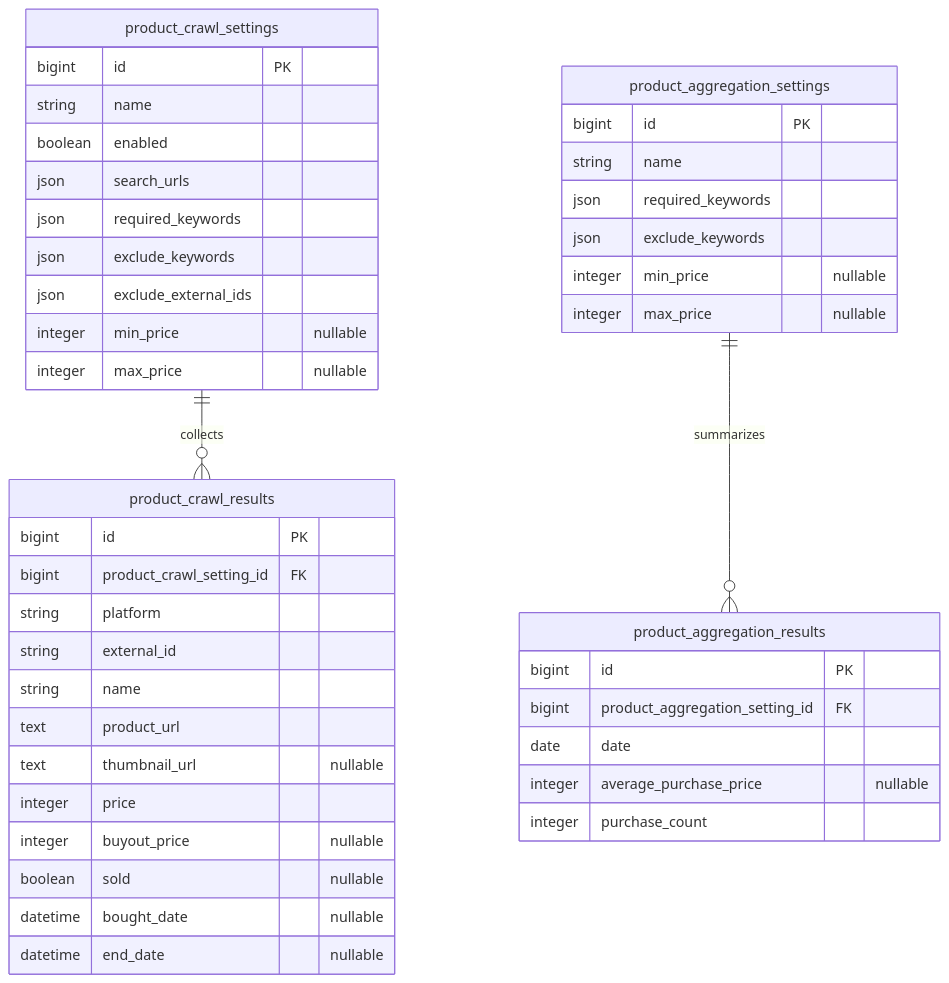
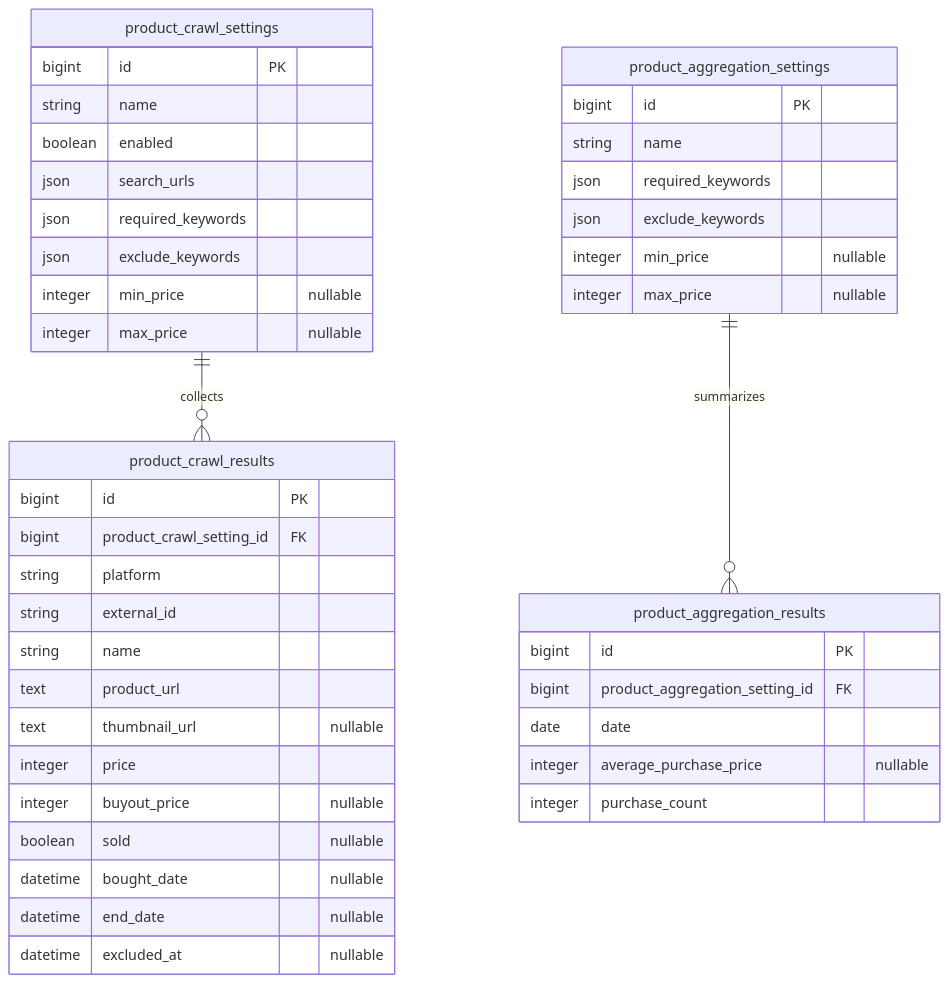
The diagram in PLAN.md (kuroweb/price-monitoring), drawn with Mermaid before and after one commit. The commit also changed other lines of this file and 2 other files, not shown here.

````diff
--- a/PLAN.md
+++ b/PLAN.md
@@ -27,45 +27,45 @@
 ```mermaid
 erDiagram
   product_crawl_settings ||--o{ product_crawl_results : collects
   product_aggregation_settings ||--o{ product_aggregation_results : summarizes
   product_crawl_settings {
     bigint id PK
     string name
     boolean enabled
     json search_urls
     json required_keywords
     json exclude_keywords
-    json exclude_external_ids
     integer min_price "nullable"
     integer max_price "nullable"
   }
   product_crawl_results {
     bigint id PK
     bigint product_crawl_setting_id FK
     string platform
     string external_id
     string name
     text product_url
     text thumbnail_url "nullable"
     integer price
     integer buyout_price "nullable"
     boolean sold "nullable"
     datetime bought_date "nullable"
     datetime end_date "nullable"
+    datetime excluded_at "nullable"
   }
   product_aggregation_settings {
     bigint id PK
     string name
     json required_keywords
     json exclude_keywords
     integer min_price "nullable"
     integer max_price "nullable"
   }
   product_aggregation_results {
     bigint id PK
     bigint product_aggregation_setting_id FK
     date date
     integer average_purchase_price "nullable"
     integer purchase_count
   }
 ```
````
